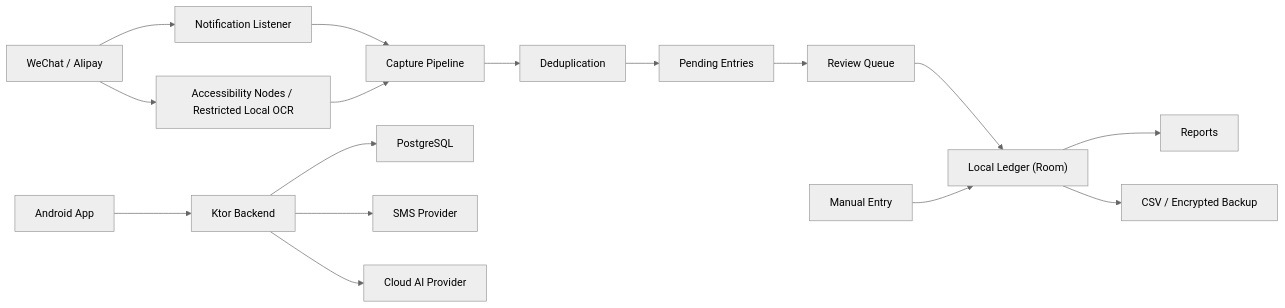
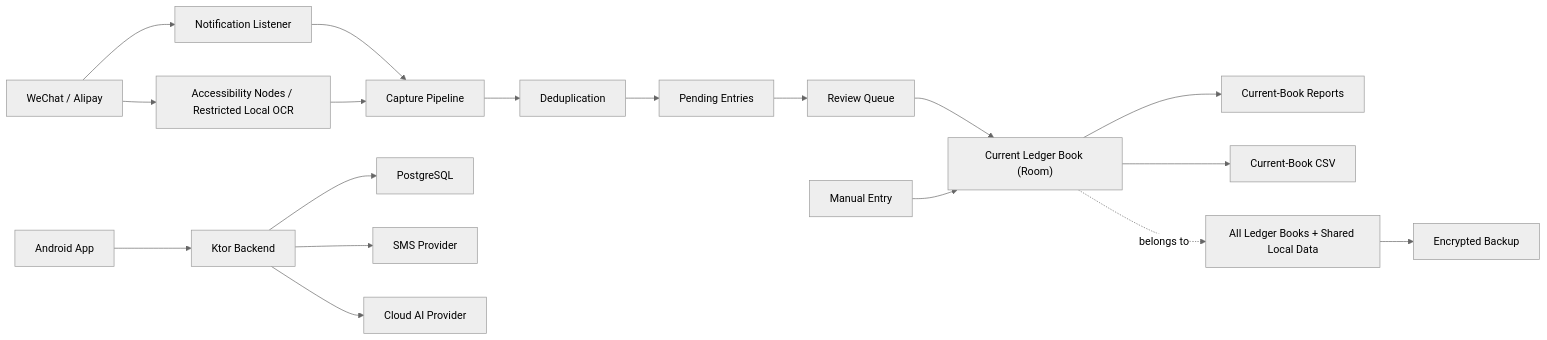
Before and after one commit to arfa069/auto-accounting: the diagram in docs/ARCHITECTURE.md, drawn with Mermaid (neutral theme). The commit also changed other lines of this file and 35 other files, not shown here.

Commit message:
feat: add local multi-ledger and funding account management

````diff
--- a/docs/ARCHITECTURE.md
+++ b/docs/ARCHITECTURE.md
@@ -9,18 +9,20 @@
 ```mermaid
 flowchart LR
   WeChat["WeChat / Alipay"] --> Notify["Notification Listener"]
   WeChat --> A11y["Accessibility Nodes / Restricted Local OCR"]
   Notify --> Capture["Capture Pipeline"]
   A11y --> Capture
   Capture --> Dedupe["Deduplication"]
   Dedupe --> Pending["Pending Entries"]
   Pending --> Review["Review Queue"]
-  Review --> Ledger["Local Ledger (Room)"]
+  Review --> Ledger["Current Ledger Book (Room)"]
   Manual["Manual Entry"] --> Ledger
-  Ledger --> Reports["Reports"]
-  Ledger --> Export["CSV / Encrypted Backup"]
+  Ledger --> Reports["Current-Book Reports"]
+  Ledger --> CSV["Current-Book CSV"]
+  Books["All Ledger Books + Shared Local Data"] --> Backup["Encrypted Backup"]
+  Ledger -. "belongs to" .-> Books
   App["Android App"] --> Backend["Ktor Backend"]
   Backend --> PG["PostgreSQL"]
   Backend --> SMS["SMS Provider"]
   Backend --> AI["Cloud AI Provider"]
 ```
````
